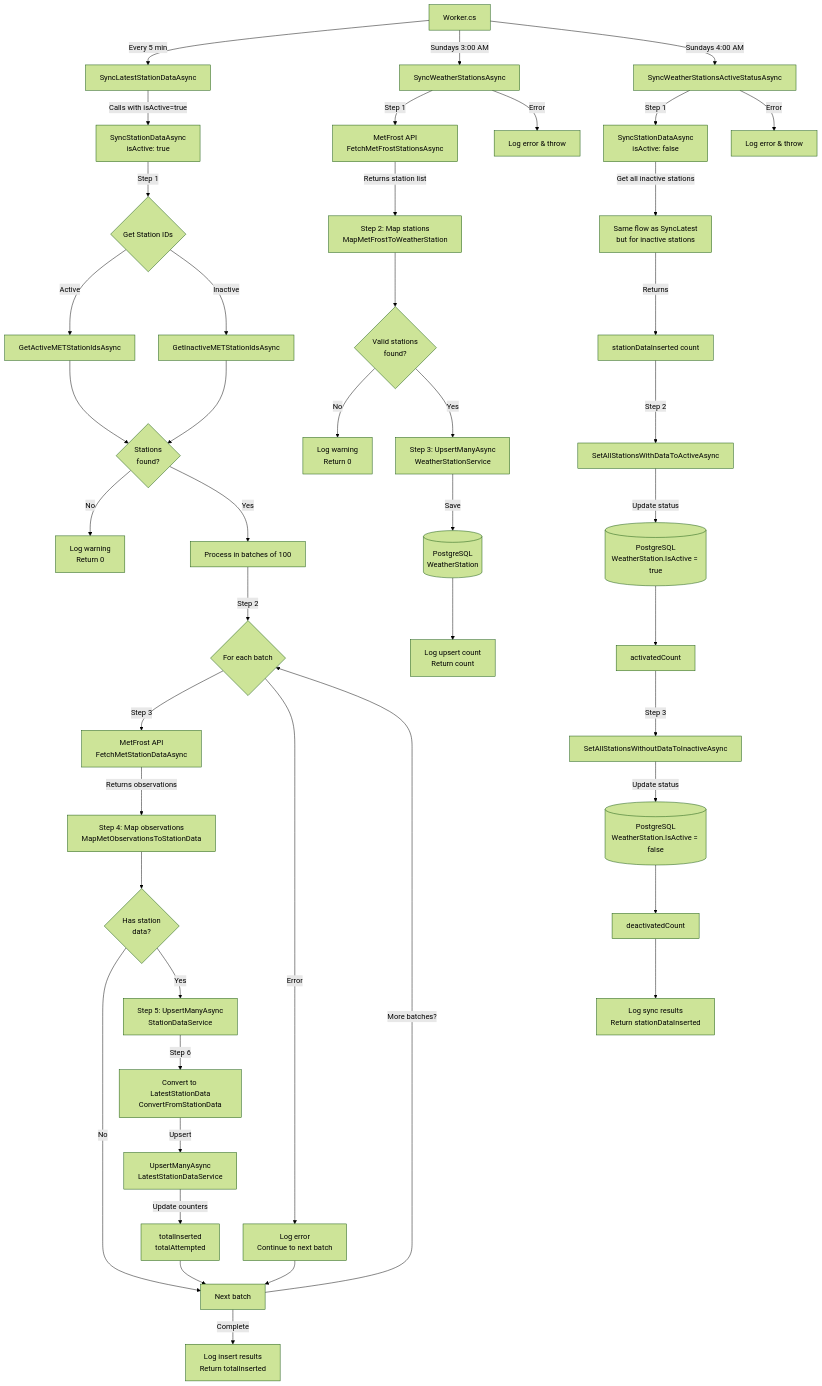
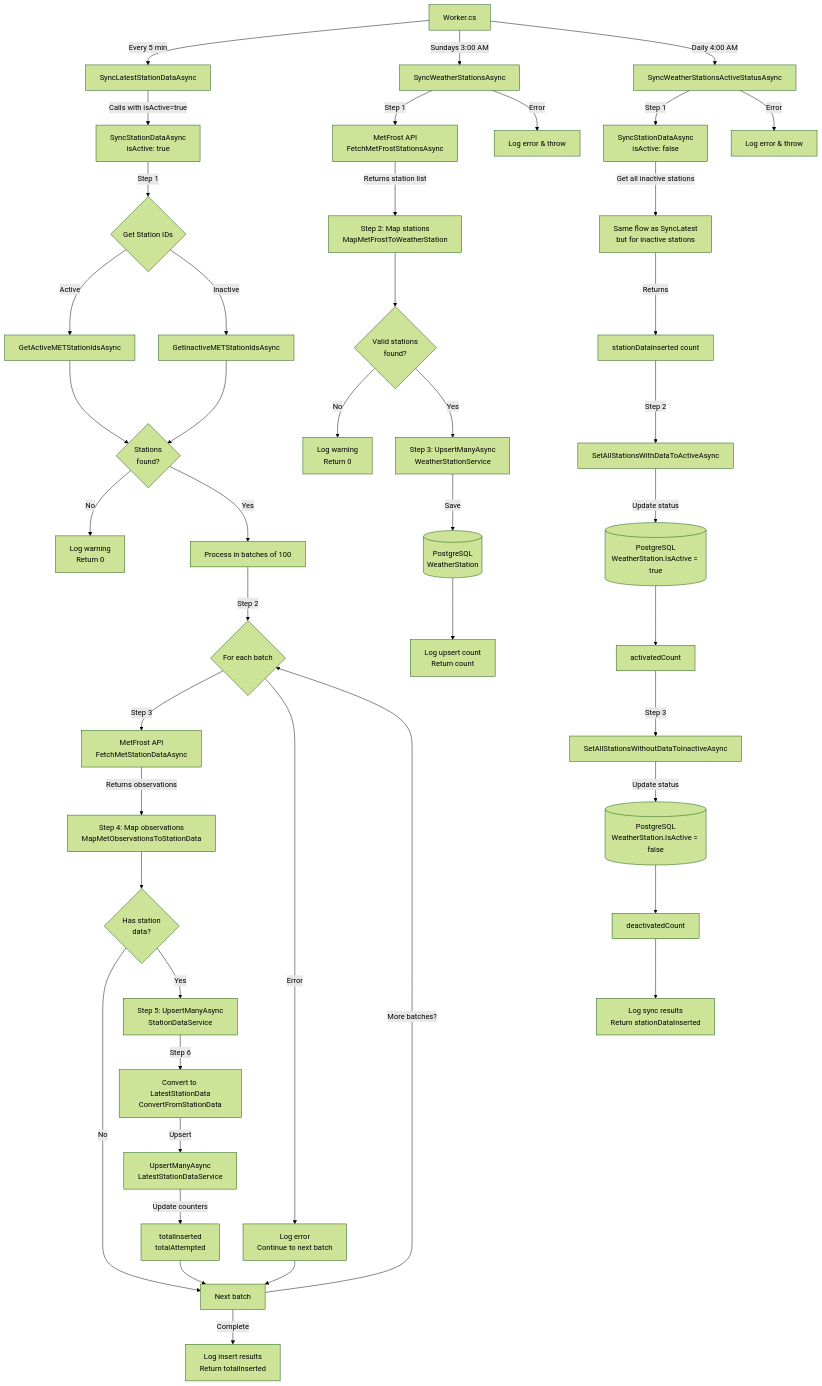
The diagram in src/WindLordApi.Worker/FlowDiagrams/MetFrostSyncService.md (Frankwds/WindLordApi), drawn with Mermaid (forest theme) before and after one commit. The commit also changed other lines of this file and 1 other file, not shown here.

Commit message:
sync inactive met daily

````diff
--- a/src/WindLordApi.Worker/FlowDiagrams/MetFrostSyncService.md
+++ b/src/WindLordApi.Worker/FlowDiagrams/MetFrostSyncService.md
@@ -9,65 +9,65 @@
 ```mermaid
 flowchart TB
     Worker[Worker.cs] -->|Every 5 min| SyncLatest[SyncLatestStationDataAsync]
     Worker -->|Sundays 3:00 AM| SyncStations[SyncWeatherStationsAsync]
-    Worker -->|Sundays 4:00 AM| SyncStatus[SyncWeatherStationsActiveStatusAsync]
+    Worker -->|Daily 4:00 AM| SyncStatus[SyncWeatherStationsActiveStatusAsync]
 
     %% Main Station Data Sync Flow
     SyncLatest -->|Calls with isActive=true| SyncData[SyncStationDataAsync<br/>isActive: true]
 
     SyncData -->|Step 1| GetStations{Get Station IDs}
     GetStations -->|Active| ActiveStations[GetActiveMETStationIdsAsync]
     GetStations -->|Inactive| InactiveStations[GetInactiveMETStationIdsAsync]
 
     ActiveStations --> CheckCount{Stations<br/>found?}
     InactiveStations --> CheckCount
     CheckCount -->|No| LogWarning[Log warning<br/>Return 0]
     CheckCount -->|Yes| BatchLoop[Process in batches of 100]
 
     BatchLoop -->|Step 2| BatchProcess{For each batch}
     BatchProcess -->|Step 3| FetchAPI[MetFrost API<br/>FetchMetStationDataAsync]
     FetchAPI -->|Returns observations| MapData[Step 4: Map observations<br/>MapMetObservationsToStationData]
 
     MapData --> HasData{Has station<br/>data?}
     HasData -->|No| NextBatch[Next batch]
     HasData -->|Yes| UpsertStation[Step 5: UpsertManyAsync<br/>StationDataService]
 
     UpsertStation -->|Step 6| ConvertLatest[Convert to LatestStationData<br/>ConvertFromStationData]
     ConvertLatest -->|Upsert| UpsertLatest[UpsertManyAsync<br/>LatestStationDataService]
     UpsertLatest -->|Update counters| UpdateCounters[totalInserted<br/>totalAttempted]
     UpdateCounters --> NextBatch
 
     NextBatch -->|More batches?| BatchProcess
     NextBatch -->|Complete| LogResults[Log insert results<br/>Return totalInserted]
 
     BatchProcess -->|Error| LogError[Log error<br/>Continue to next batch]
     LogError --> NextBatch
 
     %% Weather Stations Sync Flow
     SyncStations -->|Step 1| FetchStations[MetFrost API<br/>FetchMetFrostStationsAsync]
     FetchStations -->|Returns station list| MapStations[Step 2: Map stations<br/>MapMetFrostToWeatherStation]
     MapStations --> HasStations{Valid stations<br/>found?}
     HasStations -->|No| LogNoStations[Log warning<br/>Return 0]
     HasStations -->|Yes| UpsertStations[Step 3: UpsertManyAsync<br/>WeatherStationService]
     UpsertStations -->|Save| StationDB[(PostgreSQL<br/>WeatherStation)]
     StationDB --> LogStationResults[Log upsert count<br/>Return count]
 
     SyncStations -->|Error| ThrowError1[Log error & throw]
 
     %% Active Status Sync Flow
     SyncStatus -->|Step 1| SyncInactive[SyncStationDataAsync<br/>isActive: false]
     SyncInactive -->|Get all inactive stations| InactiveFlow[Same flow as SyncLatest<br/>but for inactive stations]
     InactiveFlow -->|Returns| InactiveCount[stationDataInserted count]
 
     InactiveCount -->|Step 2| SetActive[SetAllStationsWithDataToActiveAsync]
     SetActive -->|Update status| ActivateDB[(PostgreSQL<br/>WeatherStation.IsActive = true)]
     ActivateDB --> ActivatedCount[activatedCount]
 
     ActivatedCount -->|Step 3| SetInactive[SetAllStationsWithoutDataToInactiveAsync]
     SetInactive -->|Update status| DeactivateDB[(PostgreSQL<br/>WeatherStation.IsActive = false)]
     DeactivateDB --> DeactivatedCount[deactivatedCount]
 
     DeactivatedCount --> LogStatusResults[Log sync results<br/>Return stationDataInserted]
 
     SyncStatus -->|Error| ThrowError2[Log error & throw]
 ```
````
